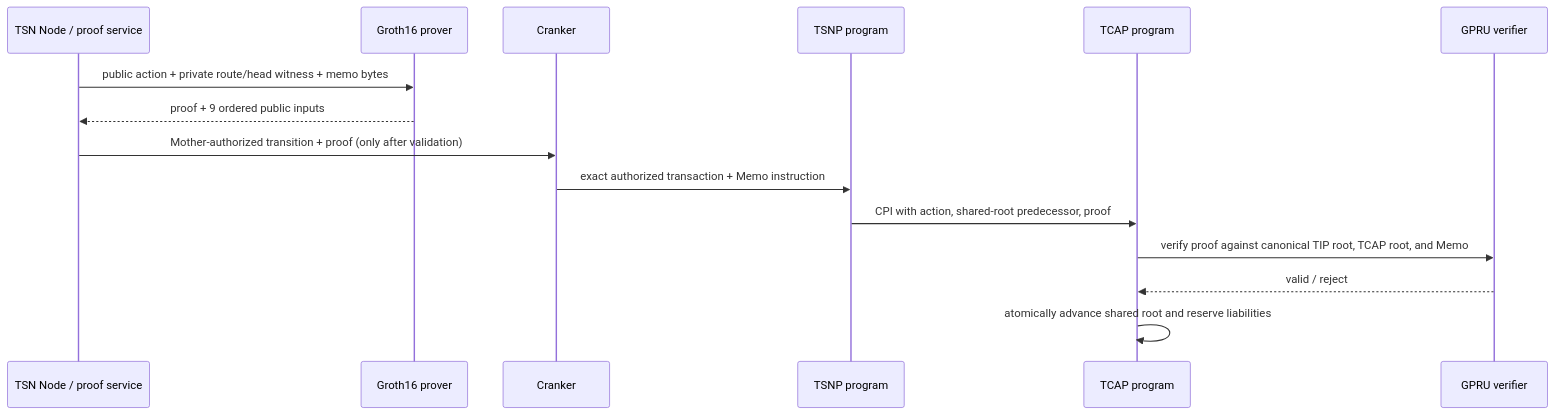
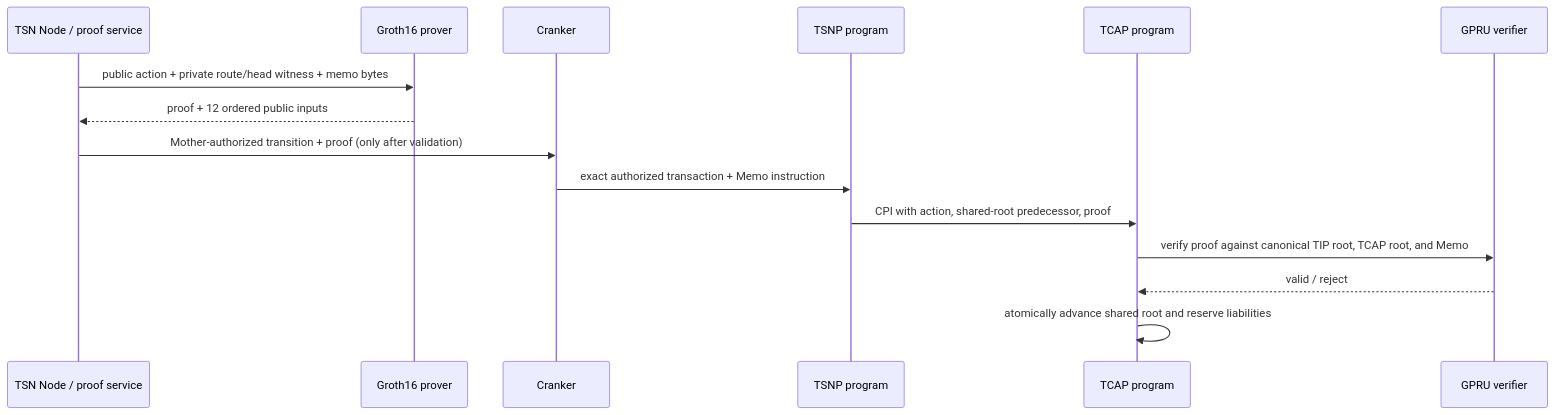
Before and after one commit to bigdreamsweb3/trustlink-pay: the diagram in docs/GROTH16-PROVER-AND-KEY-ARTIFACTS.md, drawn with Mermaid. The commit also changed other lines of this file and 223 other files, not shown here.

````diff
--- a/docs/GROTH16-PROVER-AND-KEY-ARTIFACTS.md
+++ b/docs/GROTH16-PROVER-AND-KEY-ARTIFACTS.md
@@ -101,17 +101,17 @@
 ```mermaid
 sequenceDiagram
     participant N as TSN Node / proof service
     participant P as Groth16 prover
     participant C as Cranker
     participant S as TSNP program
     participant T as TCAP program
     participant G as GPRU verifier
     N->>P: public action + private route/head witness + memo bytes
-    P-->>N: proof + 9 ordered public inputs
+    P-->>N: proof + 12 ordered public inputs
     N->>C: Mother-authorized transition + proof (only after validation)
     C->>S: exact authorized transaction + Memo instruction
     S->>T: CPI with action, shared-root predecessor, proof
     T->>G: verify proof against canonical TIP root, TCAP root, and Memo
     G-->>T: valid / reject
     T->>T: atomically advance shared root and reserve liabilities
 ```
````
